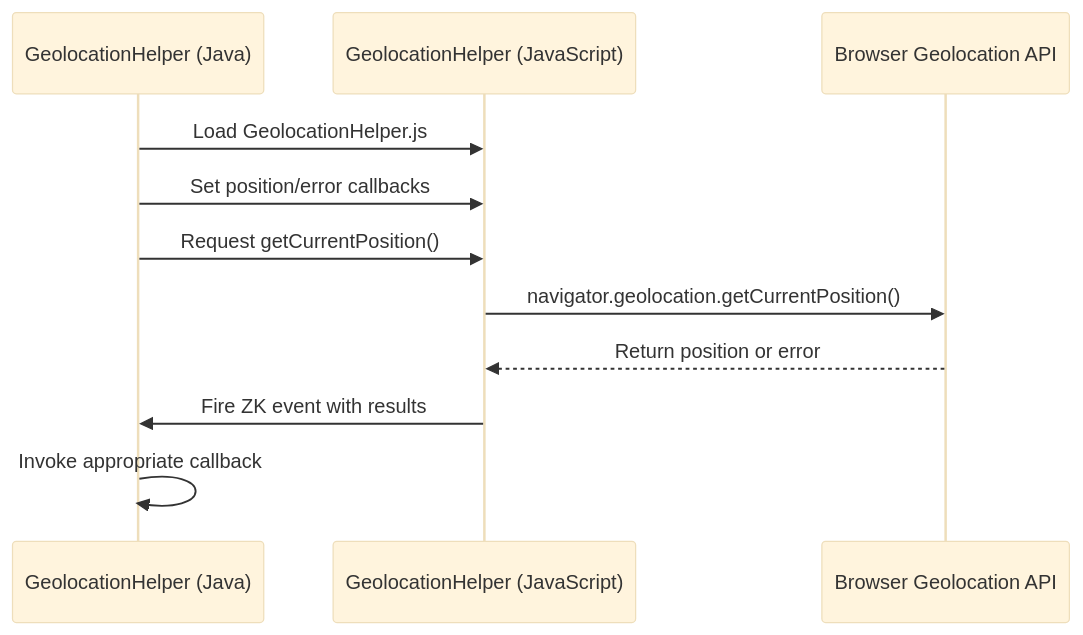
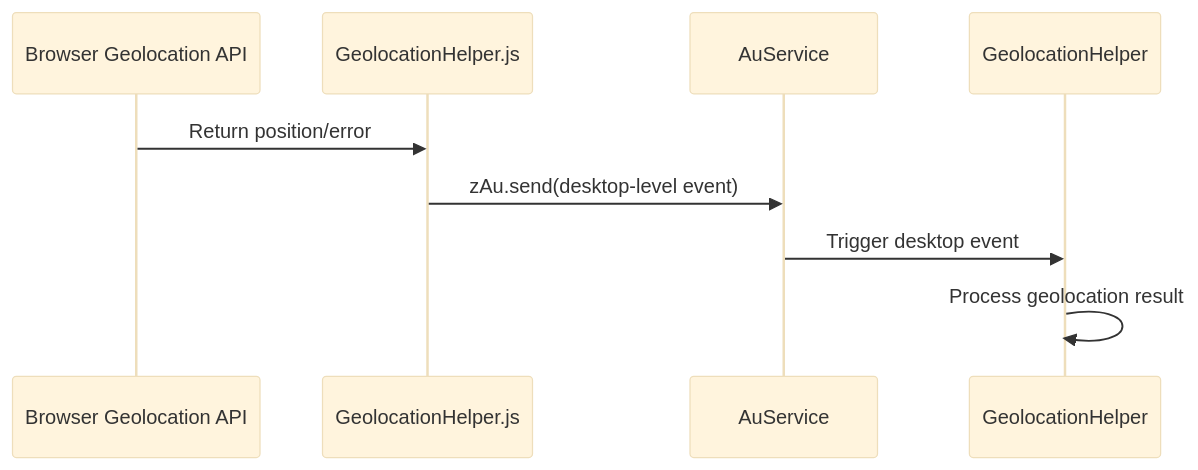
The diagram in README.md (zkoss-demo/browser-kit), drawn with Mermaid (base theme) before and after one commit. The commit also changed other lines of this file and 1 other file, not shown here.

````diff
--- a/README.md
+++ b/README.md
@@ -41,14 +47,12 @@
 ```mermaid
 sequenceDiagram
-    participant Java as GeolocationHelper (Java)
-    participant JS as GeolocationHelper (JavaScript)
     participant Browser as Browser Geolocation API
+    participant JS as GeolocationHelper.js
+    participant AU as AuService
+    participant Java as GeolocationHelper
 
-    Java->>JS: Load GeolocationHelper.js
-    Java->>JS: Set position/error callbacks
-    Java->>JS: Request getCurrentPosition()
-    JS->>Browser: navigator.geolocation.getCurrentPosition()
-    Browser-->>JS: Return position or error
-    JS->>Java: Fire ZK event with results
-    Java->>Java: Invoke appropriate callback
+    Browser->>JS: Return position/error
+    JS->>AU: zAu.send(desktop-level event)
+    AU->>Java: Trigger desktop event
+    Java->>Java: Process geolocation result
 ```
````
